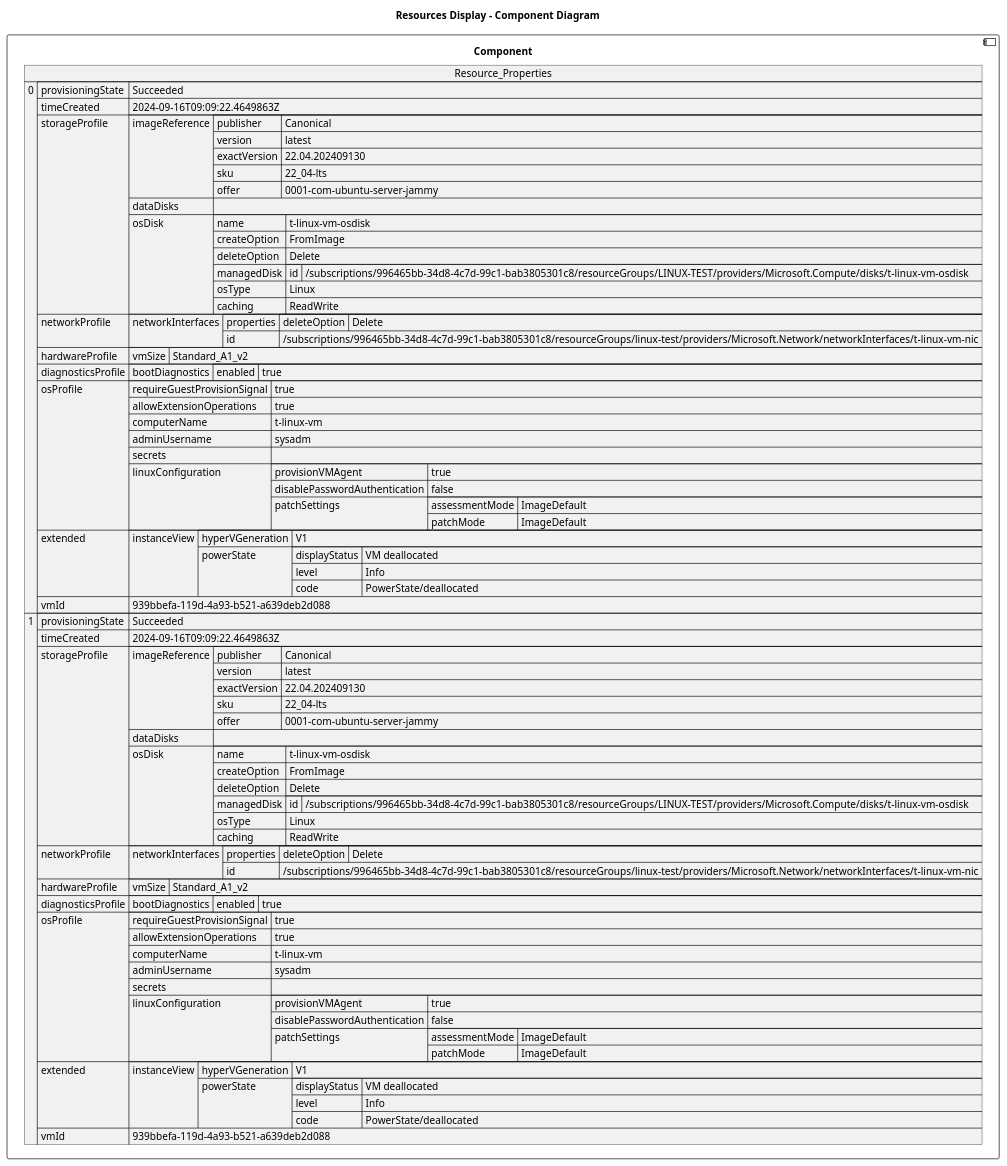
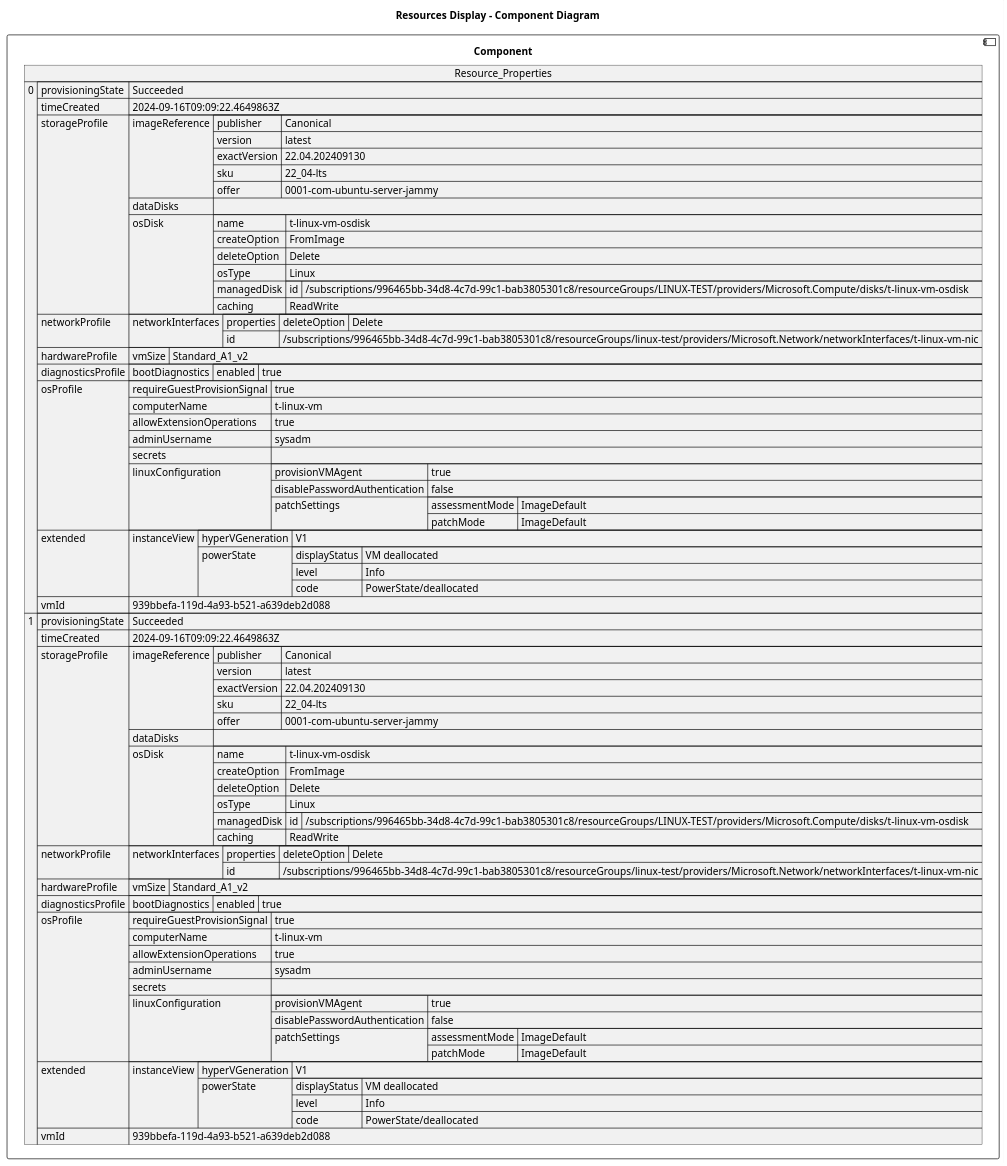
Before and after one commit to DanielAmpong/Test-Azure-architecture-diagram: the diagram in architectureDesign/PUML/rbac-test_Resources/t_linux_vm.puml, drawn with PlantUML. The commit also changed other lines of this file and 305 other files, not shown here.

```diff
--- a/architectureDesign/PUML/rbac-test_Resources/t_linux_vm.puml
+++ b/architectureDesign/PUML/rbac-test_Resources/t_linux_vm.puml
@@ -1,146 +1,146 @@
 @startuml
 
 title Resources Display - Component Diagram
 
 component Component {
 
 json  Resource_Properties {
   "0": {
     "provisioningState": "Succeeded",
     "timeCreated": "2024-09-16T09:09:22.4649863Z",
     "storageProfile": {
       "imageReference": {
         "publisher": "Canonical",
         "version": "latest",
         "exactVersion": "22.04.202409130",
         "sku": "22_04-lts",
         "offer": "0001-com-ubuntu-server-jammy"
       },
       "dataDisks": [],
       "osDisk": {
         "name": "t-linux-vm-osdisk",
         "createOption": "FromImage",
         "deleteOption": "Delete",
+        "osType": "Linux",
         "managedDisk": {
           "id": "/subscriptions/996465bb-34d8-4c7d-99c1-bab3805301c8/resourceGroups/LINUX-TEST/providers/Microsoft.Compute/disks/t-linux-vm-osdisk"
         },
-        "osType": "Linux",
         "caching": "ReadWrite"
       }
     },
     "networkProfile": {
       "networkInterfaces": [
         {
           "properties": {
             "deleteOption": "Delete"
           },
           "id": "/subscriptions/996465bb-34d8-4c7d-99c1-bab3805301c8/resourceGroups/linux-test/providers/Microsoft.Network/networkInterfaces/t-linux-vm-nic"
         }
       ]
     },
     "hardwareProfile": {
       "vmSize": "Standard_A1_v2"
     },
     "diagnosticsProfile": {
       "bootDiagnostics": {
         "enabled": true
       }
     },
     "osProfile": {
       "requireGuestProvisionSignal": true,
+      "computerName": "t-linux-vm",
       "allowExtensionOperations": true,
-      "computerName": "t-linux-vm",
       "adminUsername": "sysadm",
       "secrets": [],
       "linuxConfiguration": {
         "provisionVMAgent": true,
         "disablePasswordAuthentication": false,
         "patchSettings": {
           "assessmentMode": "ImageDefault",
           "patchMode": "ImageDefault"
         }
       }
     },
     "extended": {
       "instanceView": {
         "hyperVGeneration": "V1",
         "powerState": {
           "displayStatus": "VM deallocated",
           "level": "Info",
           "code": "PowerState/deallocated"
         }
       }
     },
     "vmId": "939bbefa-119d-4a93-b521-a639deb2d088"
   },
   "1": {
     "provisioningState": "Succeeded",
     "timeCreated": "2024-09-16T09:09:22.4649863Z",
     "storageProfile": {
       "imageReference": {
         "publisher": "Canonical",
         "version": "latest",
         "exactVersion": "22.04.202409130",
         "sku": "22_04-lts",
         "offer": "0001-com-ubuntu-server-jammy"
       },
       "dataDisks": [],
       "osDisk": {
         "name": "t-linux-vm-osdisk",
         "createOption": "FromImage",
         "deleteOption": "Delete",
+        "osType": "Linux",
         "managedDisk": {
           "id": "/subscriptions/996465bb-34d8-4c7d-99c1-bab3805301c8/resourceGroups/LINUX-TEST/providers/Microsoft.Compute/disks/t-linux-vm-osdisk"
         },
-        "osType": "Linux",
         "caching": "ReadWrite"
       }
     },
     "networkProfile": {
       "networkInterfaces": [
         {
           "properties": {
             "deleteOption": "Delete"
           },
           "id": "/subscriptions/996465bb-34d8-4c7d-99c1-bab3805301c8/resourceGroups/linux-test/providers/Microsoft.Network/networkInterfaces/t-linux-vm-nic"
         }
       ]
     },
     "hardwareProfile": {
       "vmSize": "Standard_A1_v2"
     },
     "diagnosticsProfile": {
       "bootDiagnostics": {
         "enabled": true
       }
     },
     "osProfile": {
       "requireGuestProvisionSignal": true,
+      "computerName": "t-linux-vm",
       "allowExtensionOperations": true,
-      "computerName": "t-linux-vm",
       "adminUsername": "sysadm",
       "secrets": [],
       "linuxConfiguration": {
         "provisionVMAgent": true,
         "disablePasswordAuthentication": false,
         "patchSettings": {
           "assessmentMode": "ImageDefault",
           "patchMode": "ImageDefault"
         }
       }
     },
     "extended": {
       "instanceView": {
         "hyperVGeneration": "V1",
         "powerState": {
           "displayStatus": "VM deallocated",
           "level": "Info",
           "code": "PowerState/deallocated"
         }
       }
     },
     "vmId": "939bbefa-119d-4a93-b521-a639deb2d088"
   }
 }
 }
 @enduml
```
